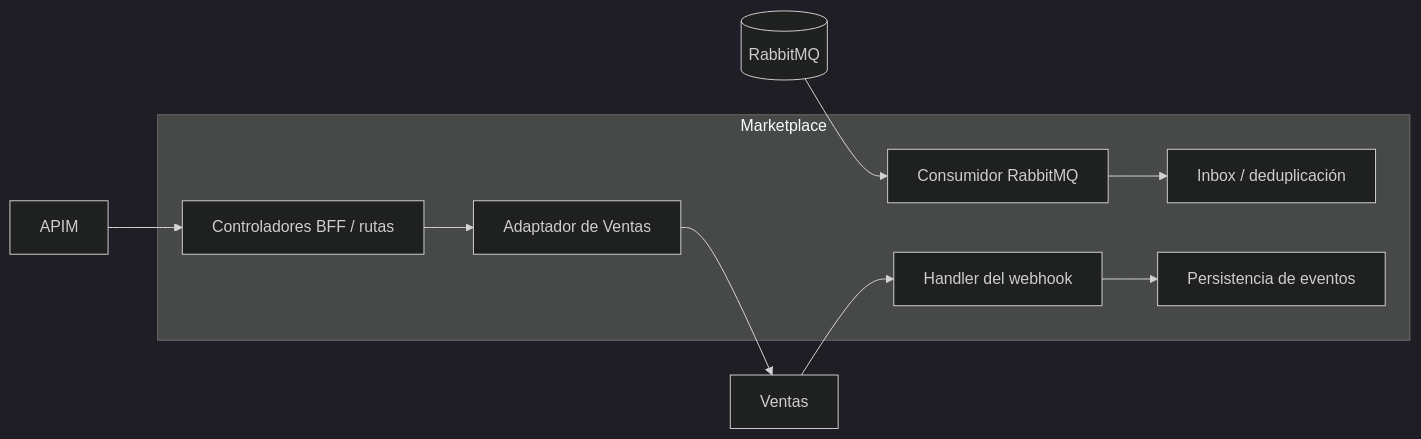
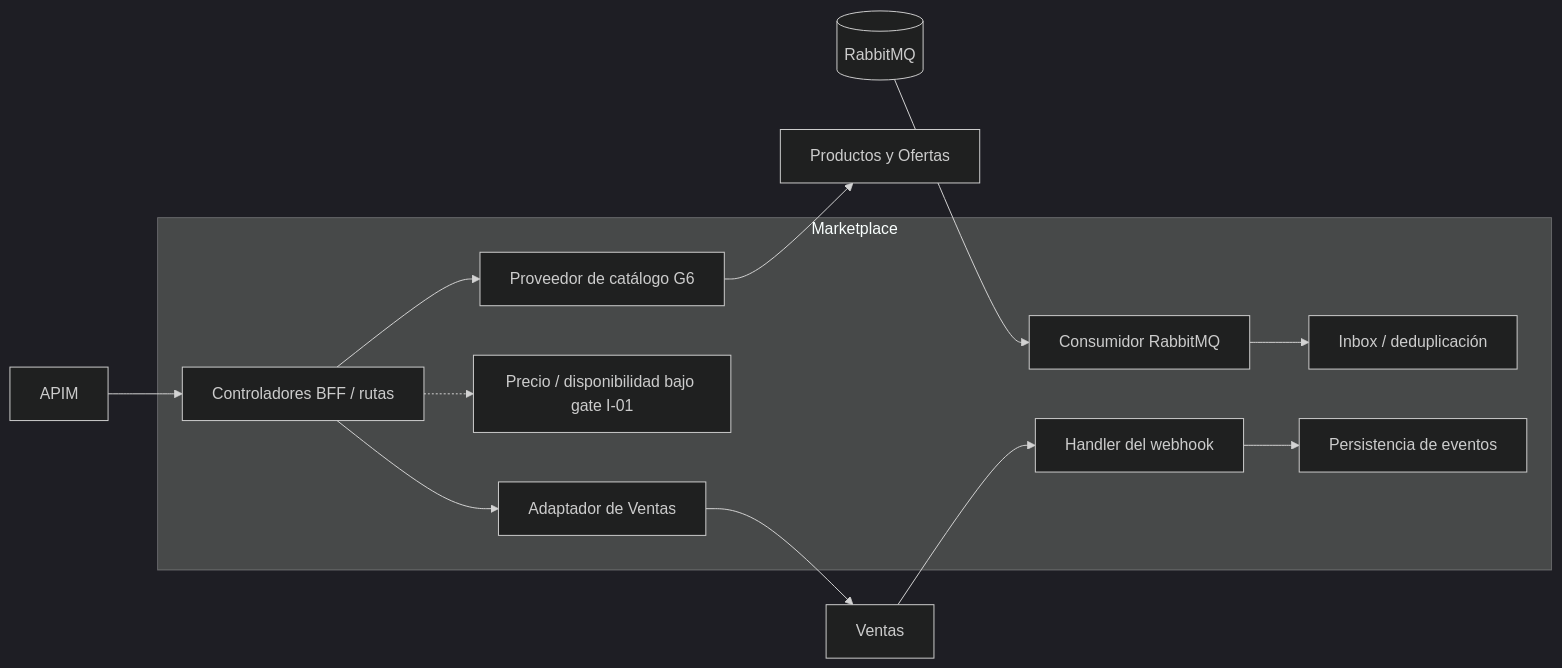
One commit to Taller-SW-Web/G1-Marketplace-Backend changed the third of 4 diagrams in docs/evidencias/H5/325-arquitectura-c4.md. Above: the diagram before and after it, drawn with Mermaid (dark theme). The commit also changed other lines of this file and 8 other files, not shown here.

````diff
--- a/docs/evidencias/H5/325-arquitectura-c4.md
+++ b/docs/evidencias/H5/325-arquitectura-c4.md
@@ -48,22 +54,28 @@
 ```mermaid
 flowchart LR
     APIM[APIM]
     subgraph Marketplace[Marketplace]
         Routes[Controladores BFF / rutas]
+        CatalogProvider[Proveedor de catálogo G6]
+        CommerceGate[Precio / disponibilidad bajo gate I-01]
         SalesAdapter[Adaptador de Ventas]
         RabbitConsumer[Consumidor RabbitMQ]
         Inbox[Inbox / deduplicación]
         HookHandler[Handler del webhook]
         EventStore[Persistencia de eventos]
     end
+    G6[Productos y Ofertas]
     Sales[Ventas]
     Broker[(RabbitMQ)]
 
     APIM --> Routes
+    Routes --> CatalogProvider
+    CatalogProvider --> G6
+    Routes -.-> CommerceGate
     Routes --> SalesAdapter
     SalesAdapter --> Sales
     Broker --> RabbitConsumer
     RabbitConsumer --> Inbox
     Sales --> HookHandler
     HookHandler --> EventStore
 ```
````
